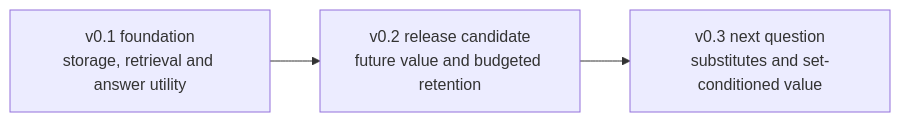
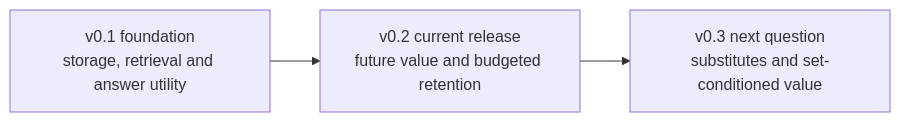
One commit to TOMDFTBA/agent-memory-utility changed the diagram in README.md. Above: the diagram before and after it, drawn with Mermaid. The commit also changed other lines of this file and 32 other files, not shown here.

````diff
--- a/README.md
+++ b/README.md
@@ -13,5 +13,5 @@
 ```mermaid
 flowchart LR
-    A[v0.1 foundation<br/>storage, retrieval and answer utility] --> B[v0.2 release candidate<br/>future value and budgeted retention]
+    A[v0.1 foundation<br/>storage, retrieval and answer utility] --> B[v0.2 current release<br/>future value and budgeted retention]
     B --> C[v0.3 next question<br/>substitutes and set-conditioned value]
 ```
````
